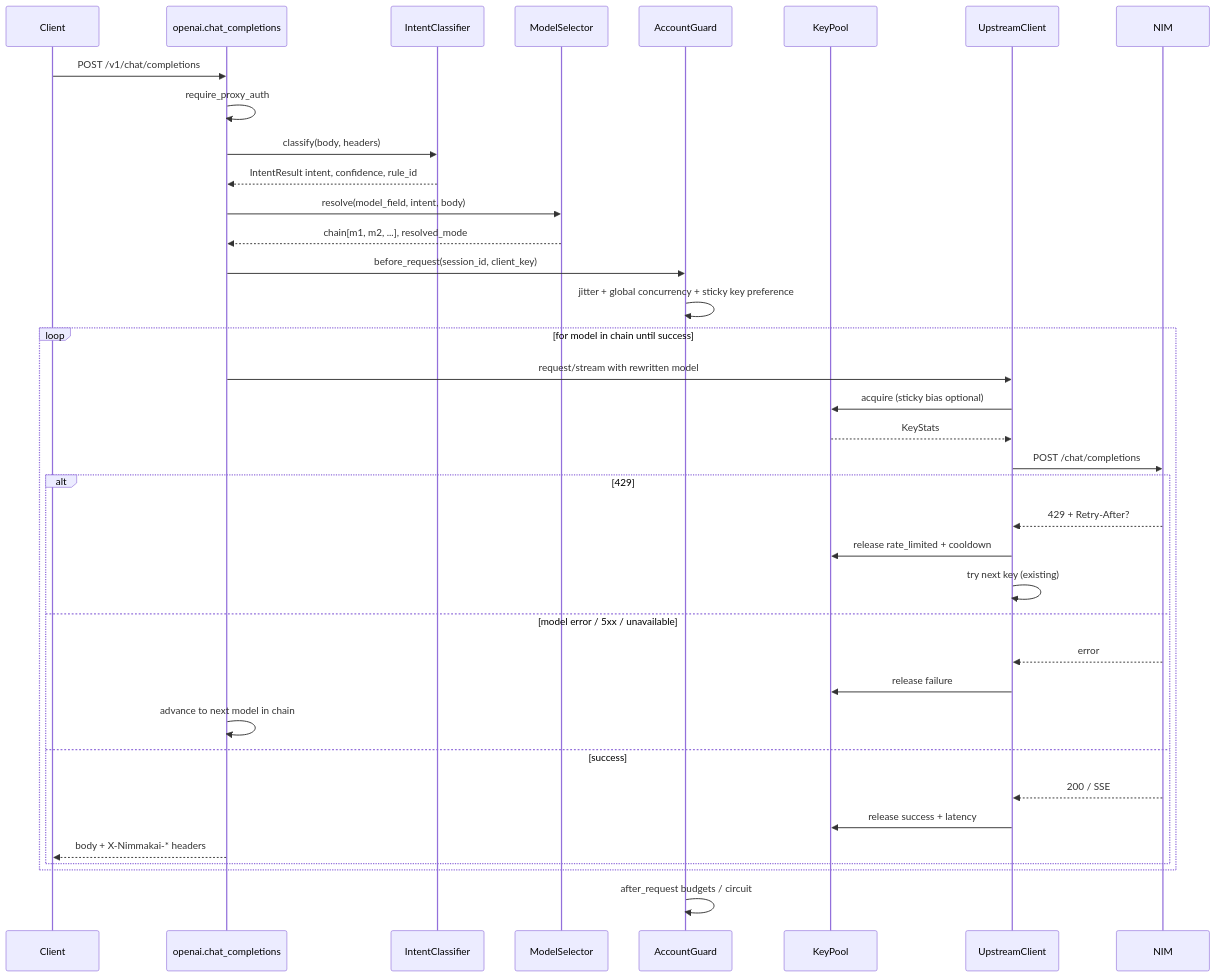
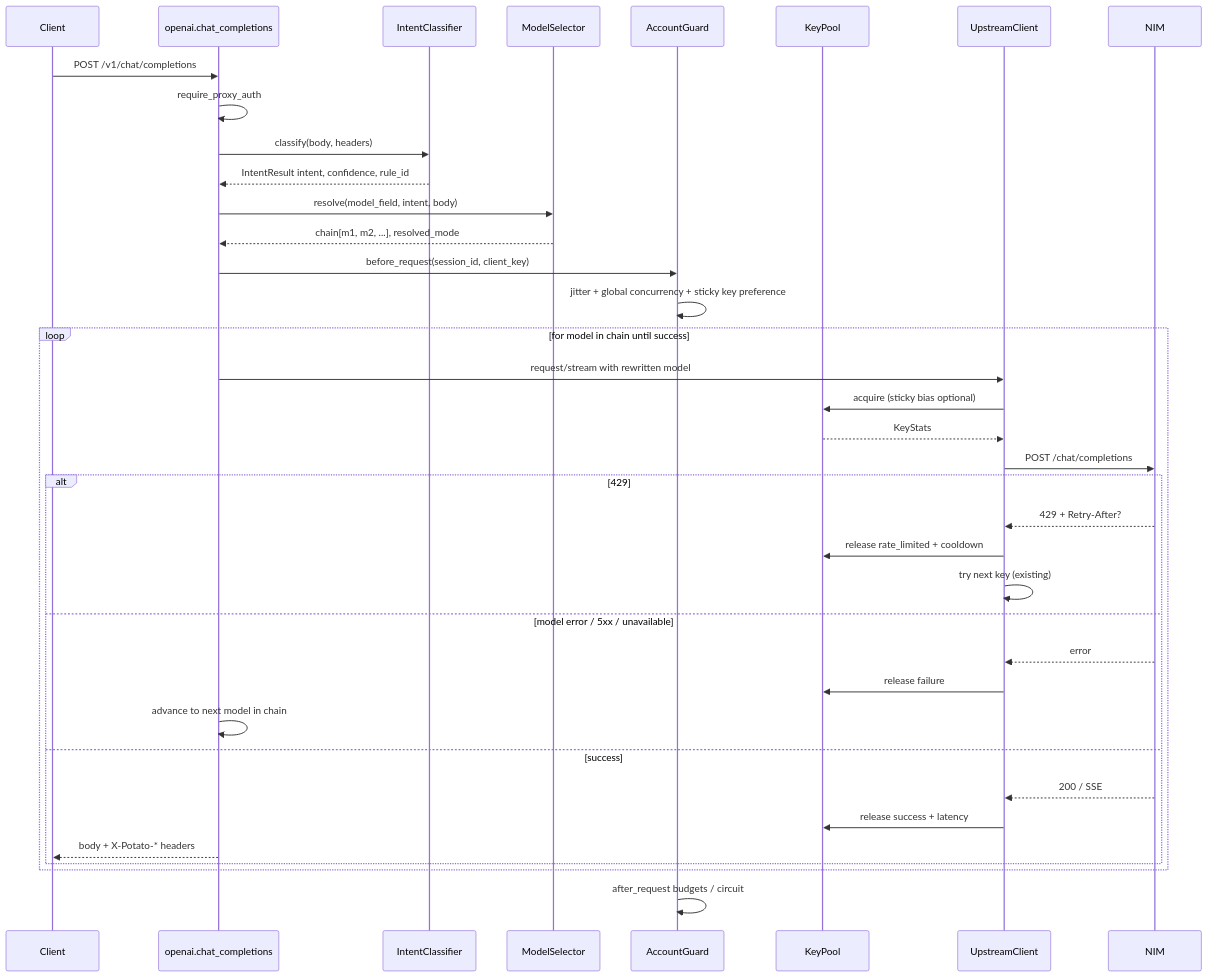
One commit to vskrch/Nimmakai changed the second of 4 diagrams in docs/design-intelligent-router.md. Above: the diagram before and after it, drawn with Mermaid. The commit also changed other lines of this file and 208 other files, not shown here.

Commit message:
refactor: rename repository and package from Nimmakai to Potato

````diff
--- a/docs/design-intelligent-router.md
+++ b/docs/design-intelligent-router.md
@@ -132,40 +132,40 @@
 ```mermaid
 sequenceDiagram
   participant C as Client
   participant R as openai.chat_completions
   participant I as IntentClassifier
   participant S as ModelSelector
   participant G as AccountGuard
   participant P as KeyPool
   participant U as UpstreamClient
   participant N as NIM
 
   C->>R: POST /v1/chat/completions
   R->>R: require_proxy_auth
   R->>I: classify(body, headers)
   I-->>R: IntentResult intent, confidence, rule_id
   R->>S: resolve(model_field, intent, body)
   S-->>R: chain[m1, m2, ...], resolved_mode
   R->>G: before_request(session_id, client_key)
   G->>G: jitter + global concurrency + sticky key preference
   loop for model in chain until success
     R->>U: request/stream with rewritten model
     U->>P: acquire (sticky bias optional)
     P-->>U: KeyStats
     U->>N: POST /chat/completions
     alt 429
       N-->>U: 429 + Retry-After?
       U->>P: release rate_limited + cooldown
       U->>U: try next key (existing)
     else model error / 5xx / unavailable
       N-->>U: error
       U->>P: release failure
       R->>R: advance to next model in chain
     else success
       N-->>U: 200 / SSE
       U->>P: release success + latency
-      R-->>C: body + X-Nimmakai-* headers
+      R-->>C: body + X-Potato-* headers
     end
   end
   G->>G: after_request budgets / circuit
 ```
````
